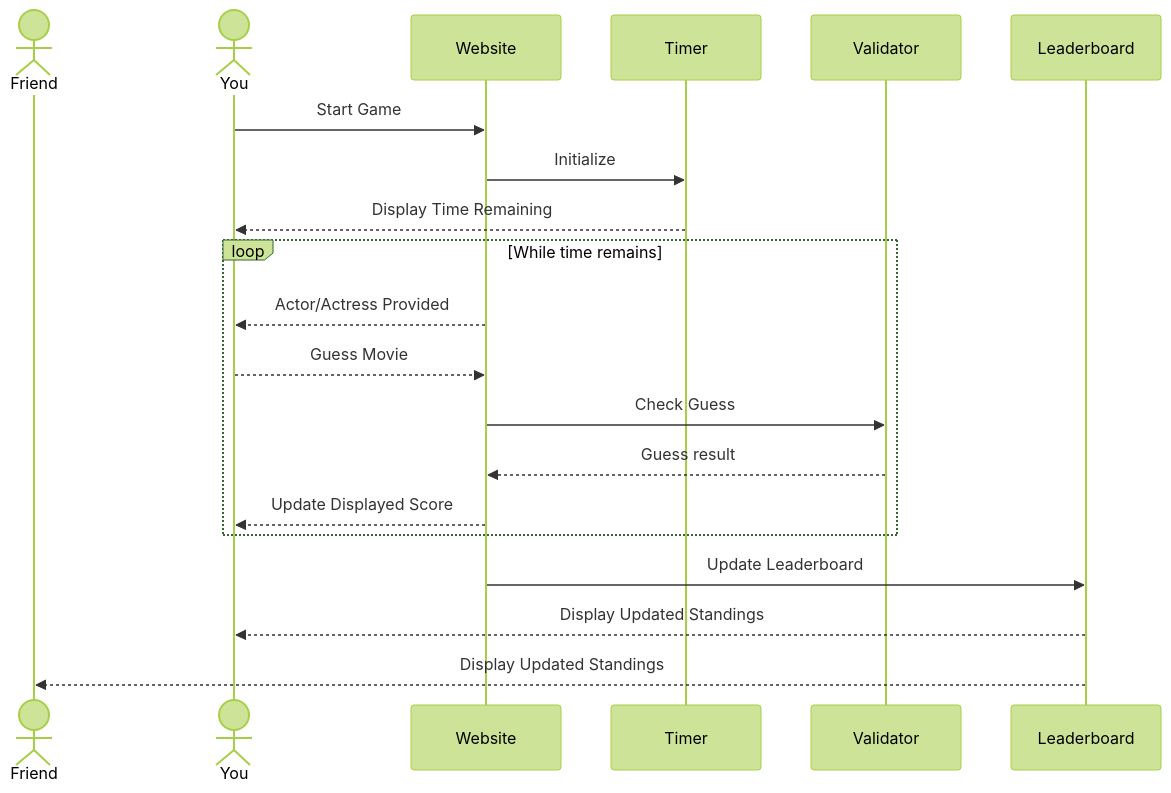
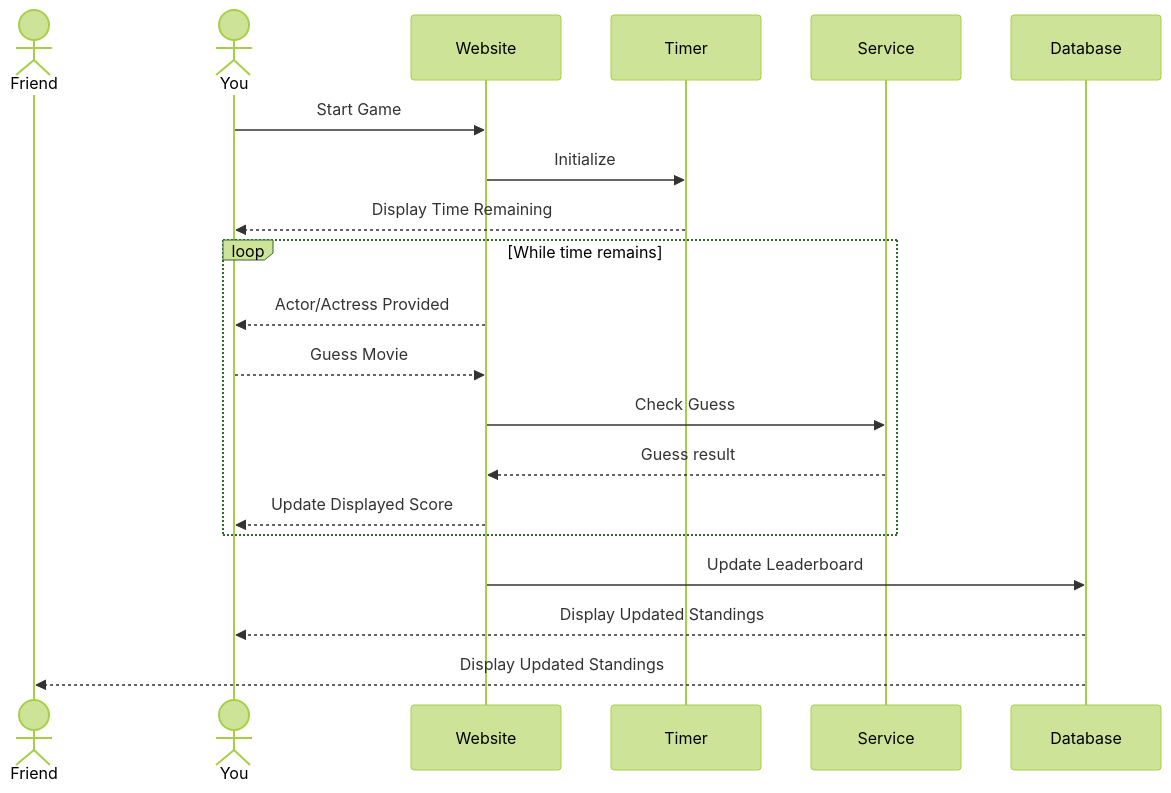
One commit to efoulk4/Actordle changed the diagram in README.md. Above: the diagram before and after it, drawn with Mermaid (forest theme).

Commit message:
Update UML sequence

````diff
--- a/README.md
+++ b/README.md
@@ -16,23 +16,23 @@
 ```mermaid
 sequenceDiagram
     actor Friend
     actor You
     participant Website
     participant Timer
-    participant Validator
-    participant Leaderboard
+    participant Service
+    participant Database
 
     You->>Website: Start Game
     Website->>Timer: Initialize
     Timer-->>You: Display Time Remaining
     loop While time remains
         Website-->>You: Actor/Actress Provided
         You-->>Website: Guess Movie
-        Website->>Validator: Check Guess
-        Validator-->>Website: Guess result
+        Website->>Service: Check Guess
+        Service-->>Website: Guess result
         Website-->>You: Update Displayed Score
     end
-    Website->>Leaderboard: Update Leaderboard
-    Leaderboard-->>You: Display Updated Standings
-    Leaderboard-->>Friend: Display Updated Standings
+    Website->>Database: Update Leaderboard
+    Database-->>You: Display Updated Standings
+    Database-->>Friend: Display Updated Standings
 ```
````
